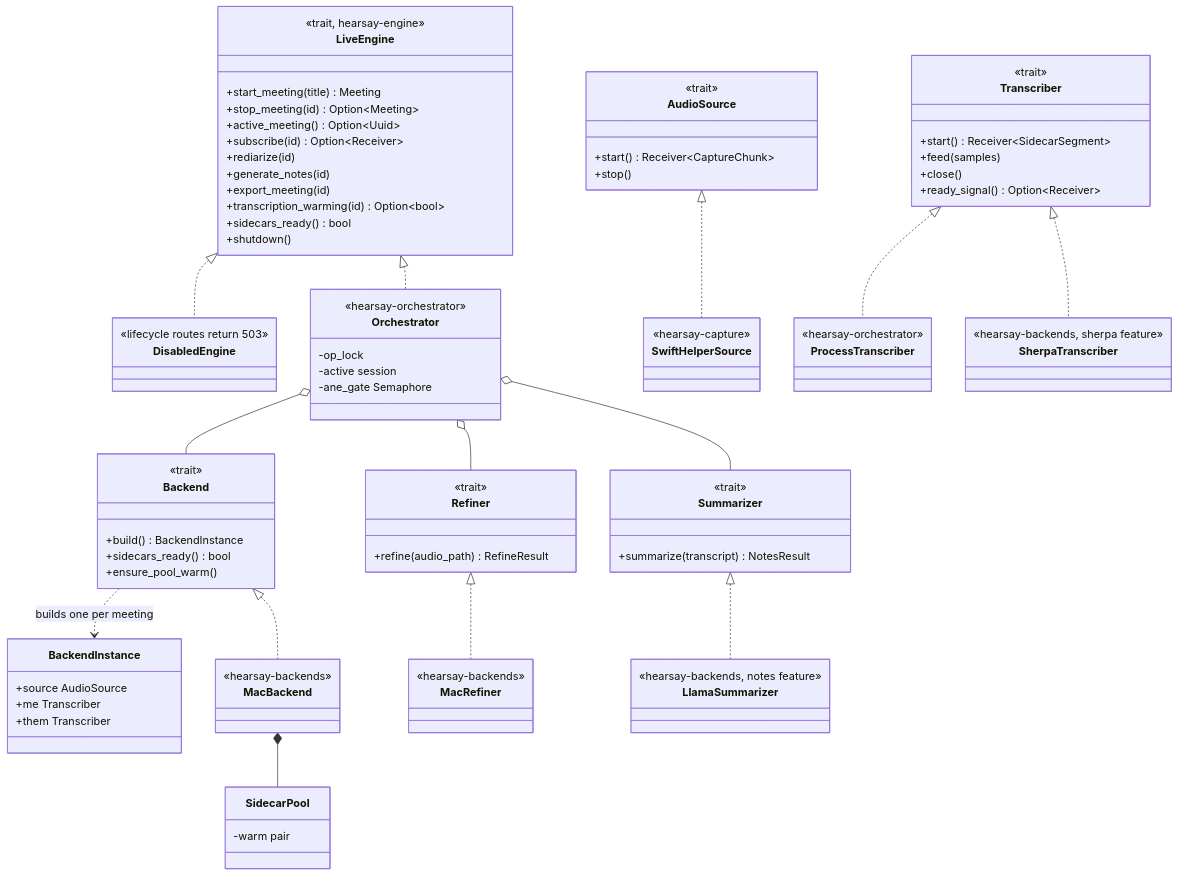
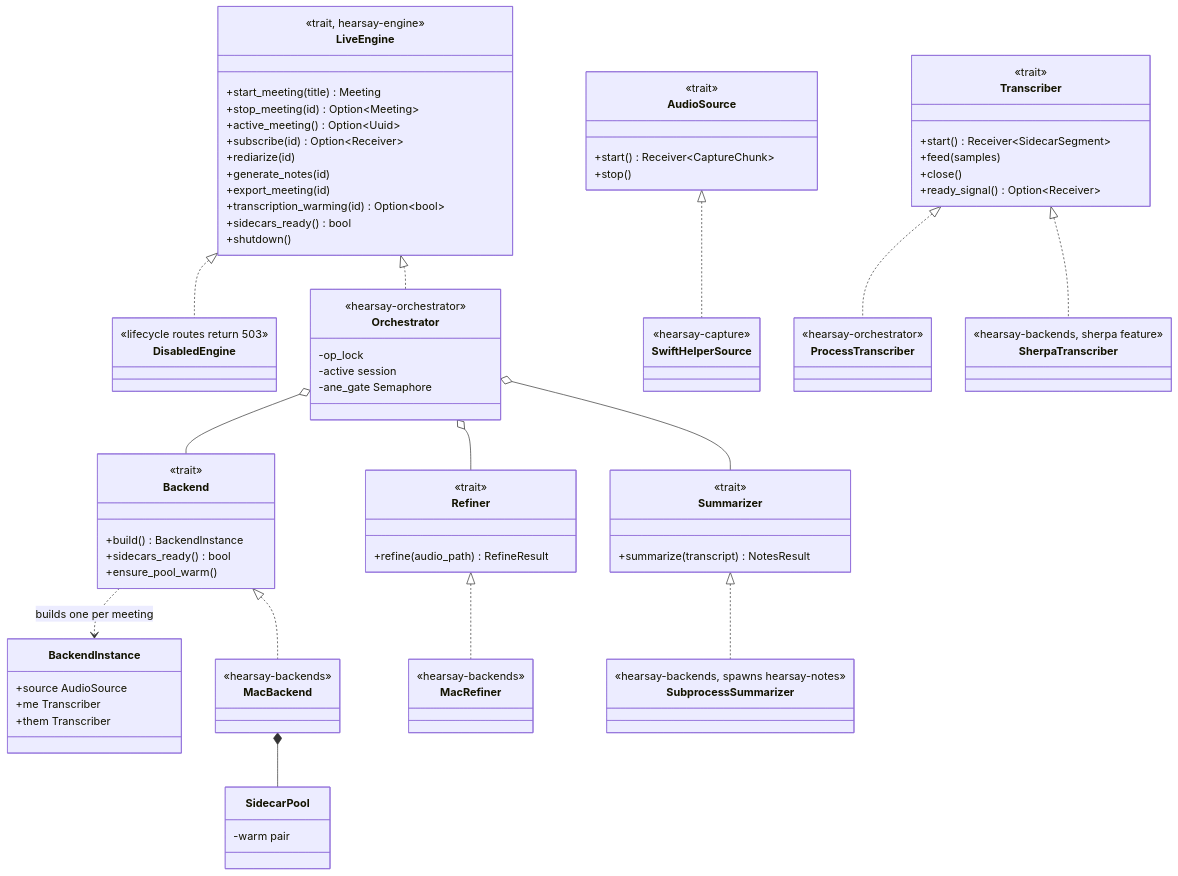
One commit to rwiseman87/hearsay changed the third of 7 diagrams in docs/architecture.md. Above: the diagram before and after it, drawn with Mermaid. The commit also changed other lines of this file and 31 other files, not shown here.

```diff
--- a/docs/architecture.md
+++ b/docs/architecture.md
@@ -208,8 +208,8 @@
     class MacRefiner {
         <<hearsay-backends>>
     }
-    class LlamaSummarizer {
-        <<hearsay-backends, notes feature>>
+    class SubprocessSummarizer {
+        <<hearsay-backends, spawns hearsay-notes>>
     }
     class SwiftHelperSource {
         <<hearsay-capture>>
@@ -223,7 +223,7 @@
     Backend <|.. MacBackend
     MacBackend *-- SidecarPool
     Refiner <|.. MacRefiner
-    Summarizer <|.. LlamaSummarizer
+    Summarizer <|.. SubprocessSummarizer
     AudioSource <|.. SwiftHelperSource
     Transcriber <|.. ProcessTranscriber
     Transcriber <|.. SherpaTranscriber
```
